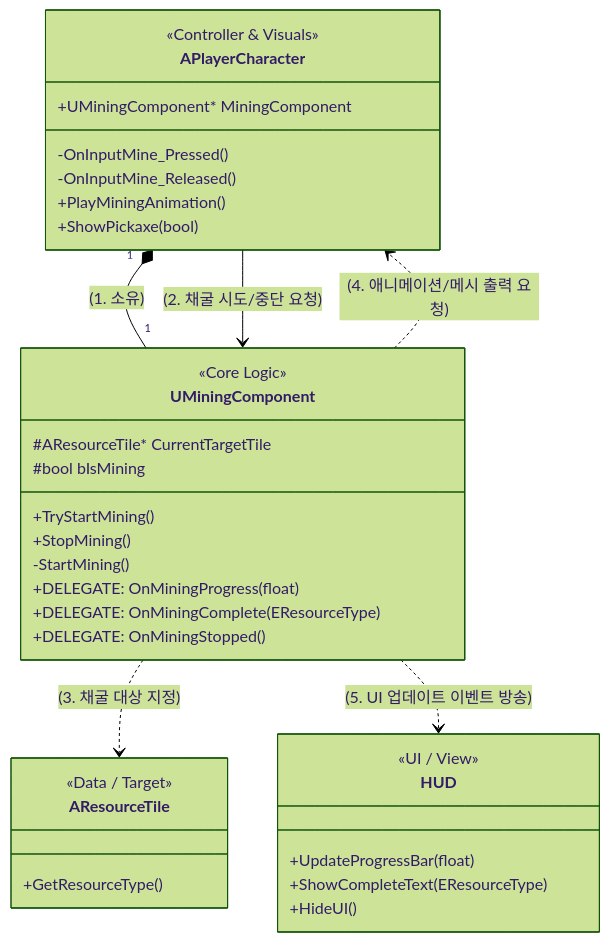
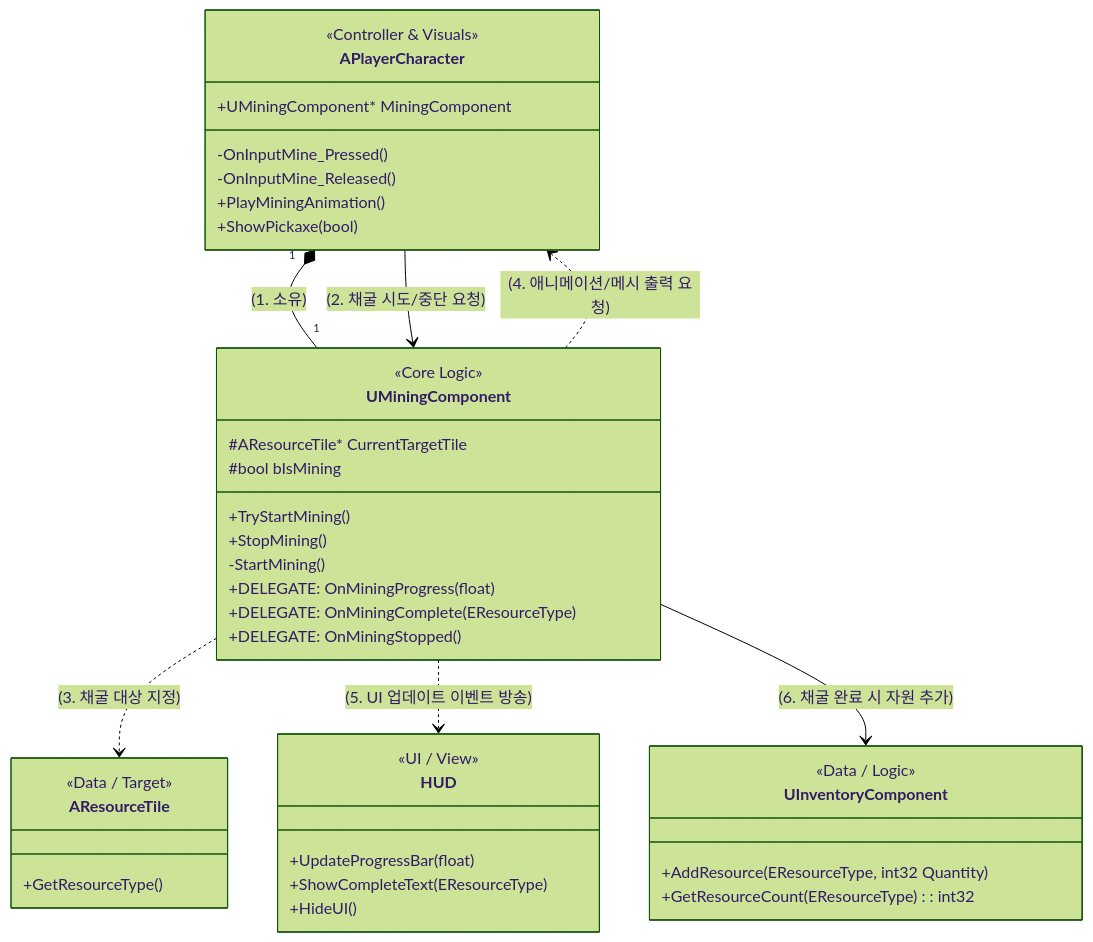
One commit to WJMcode/MBFactorio changed the first of 3 diagrams in README.md. Above: the diagram before and after it, drawn with Mermaid (forest theme).

````diff
--- a/README.md
+++ b/README.md
@@ -1,44 +1,52 @@
 ```mermaid
 classDiagram
     direction TB
 
     class APlayerCharacter {
         <<Controller & Visuals>>
         +UMiningComponent* MiningComponent
         -OnInputMine_Pressed()
         -OnInputMine_Released()
         +PlayMiningAnimation()
         +ShowPickaxe(bool)
     }
 
     class UMiningComponent {
         <<Core Logic>>
         +TryStartMining()
         +StopMining()
         -StartMining()
         #AResourceTile* CurrentTargetTile
         #bool bIsMining
         +DELEGATE: OnMiningProgress(float)
         +DELEGATE: OnMiningComplete(EResourceType)
         +DELEGATE: OnMiningStopped()
     }
     
     class HUD {
          <<UI / View>>
          +UpdateProgressBar(float)
          +ShowCompleteText(EResourceType)
          +HideUI()
     }
 
     class AResourceTile {
         <<Data / Target>>
         +GetResourceType()
     }
 
-    %% Relationships and Flow
+    class UInventoryComponent {
+        <<Data / Logic>>
+        +AddResource(EResourceType, int32 Quantity)
+        +GetResourceCount(EResourceType) : int32
+    }
+
+    %%
     APlayerCharacter "1" *-- "1" UMiningComponent : (1. 소유)
     APlayerCharacter --> UMiningComponent : (2. 채굴 시도/중단 요청)
     UMiningComponent ..> APlayerCharacter : (4. 애니메이션/메시 출력 요청)
     UMiningComponent ..> AResourceTile : (3. 채굴 대상 지정)
     UMiningComponent ..> HUD : (5. UI 업데이트 이벤트 방송)
+    
+    UMiningComponent --> UInventoryComponent : (6. 채굴 완료 시 자원 추가)
 ```
````
